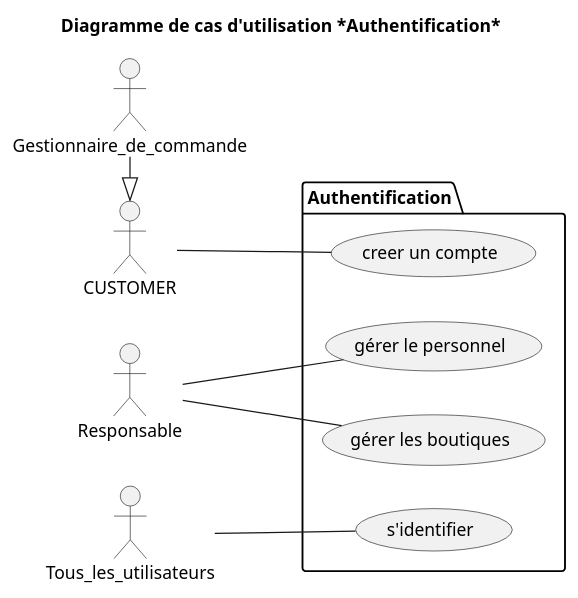
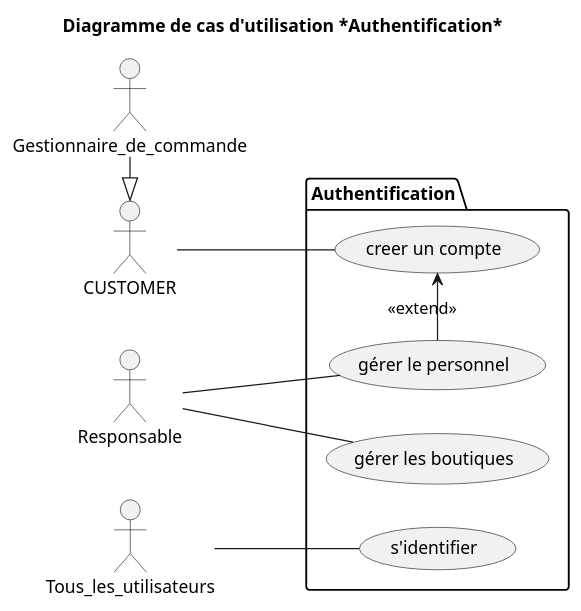
One commit to Zepmanbc/oc_dapython_pr4 changed the diagram in v4/uml/03_authentification.puml. Above: the diagram before and after it, drawn with PlantUML. The commit also changed 7 other files, not shown here.

```diff
--- a/v4/uml/03_authentification.puml
+++ b/v4/uml/03_authentification.puml
@@ -1,24 +1,25 @@
 @startuml 03_authentification
 title Diagramme de cas d'utilisation *Authentification*
 
 actor Gestionnaire_de_commande as GESTCMD
 ' actor Client as CUSTOMER
 ' actor Gestionnaire_de_stock as GESTSTOCK
 ' actor Pizzaiolo as PZLO
 actor Responsable as BOSS
 ' actor Banque <<system>> as BANK
 
 package Authentification{
     left to right direction
     (creer un compte) as REGISTER
     (gérer le personnel) as MANAGE_EMPL
     (s'identifier) as LOGIN
     (gérer les boutiques) as STORE
 }
+MANAGE_EMPL -> REGISTER: <<extend>>
 CUSTOMER -- REGISTER
 GESTCMD -|> CUSTOMER
 BOSS -- MANAGE_EMPL
 BOSS -- STORE
 Tous_les_utilisateurs -- LOGIN
 
 @enduml
```
